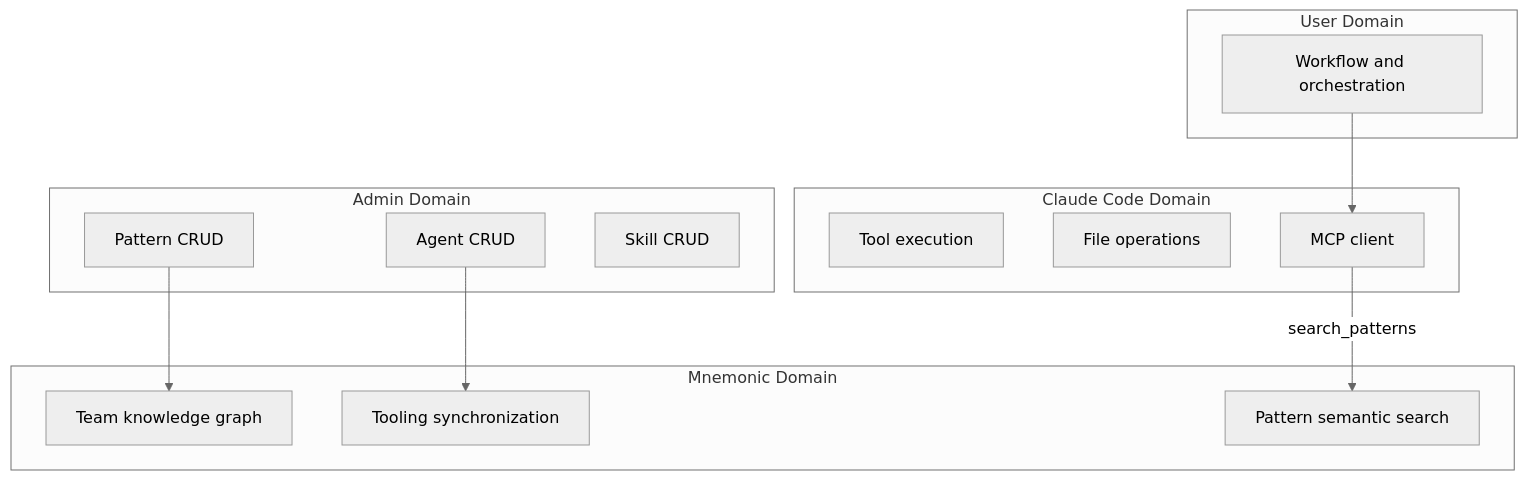
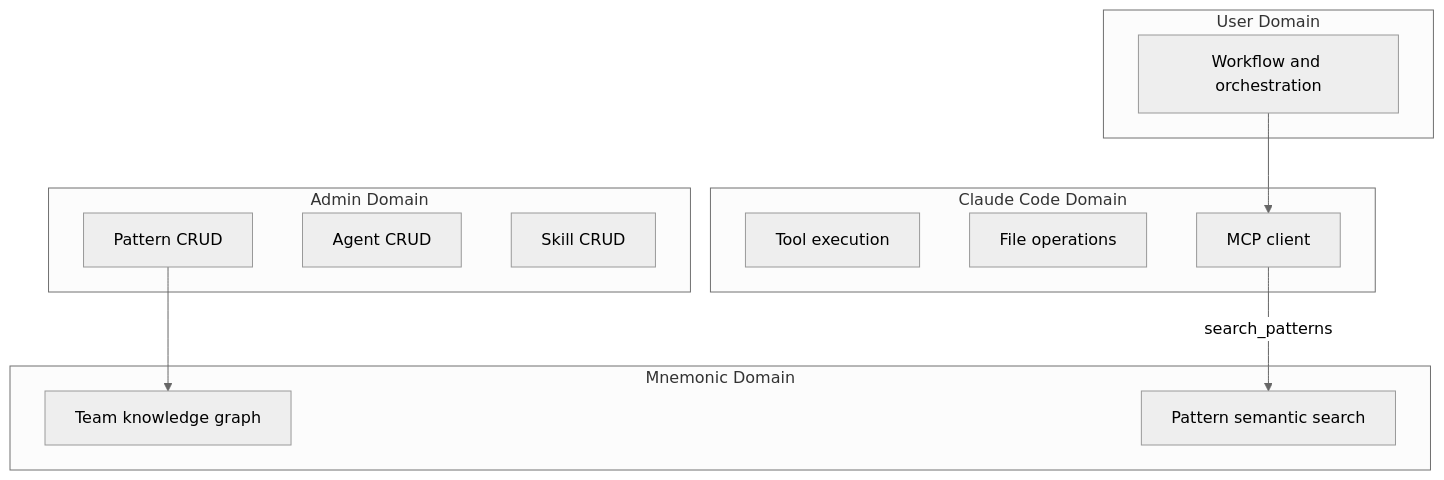
One commit to twistingmercury/mnemonic-docs changed the fifth of 6 diagrams in docs/architecture/system/02-system-architecture.md. Above: the diagram before and after it, drawn with Mermaid (neutral theme). The commit also changed other lines of this file and 2 other files, not shown here.

Commit message:
docs: remove agents/skills/tooling sync references — Mnemonic is patterns-only

````diff
--- a/docs/architecture/system/02-system-architecture.md
+++ b/docs/architecture/system/02-system-architecture.md
@@ -261,29 +257,27 @@
 ```mermaid
 graph TB
     subgraph "User Domain"
         UD1[Workflow and orchestration]
     end
 
     subgraph "Claude Code Domain"
         CD1[Tool execution]
         CD2[File operations]
         CD3[MCP client]
     end
 
     subgraph "Mnemonic Domain"
         MD1[Team knowledge graph]
         MD2[Pattern semantic search]
-        MD3[Tooling synchronization]
     end
 
     subgraph "Admin Domain"
         AD1[Pattern CRUD]
         AD2[Agent CRUD]
         AD3[Skill CRUD]
     end
 
     UD1 --> CD3
     CD3 -->|"search_patterns"| MD2
     AD1 --> MD1
-    AD2 --> MD3
 ```
````
